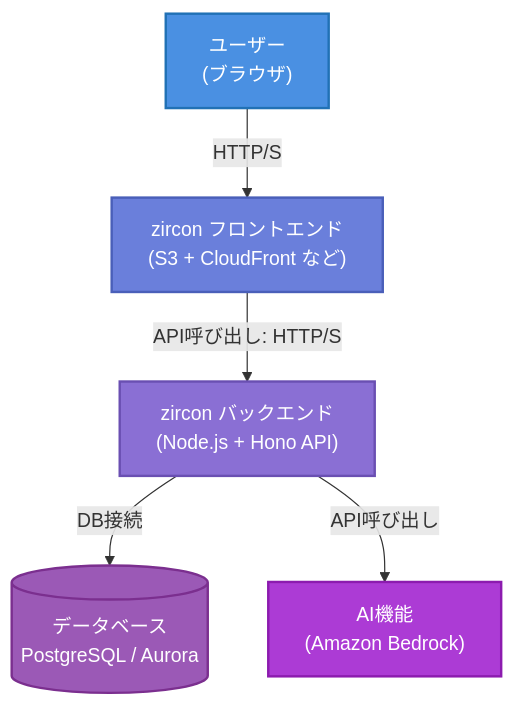
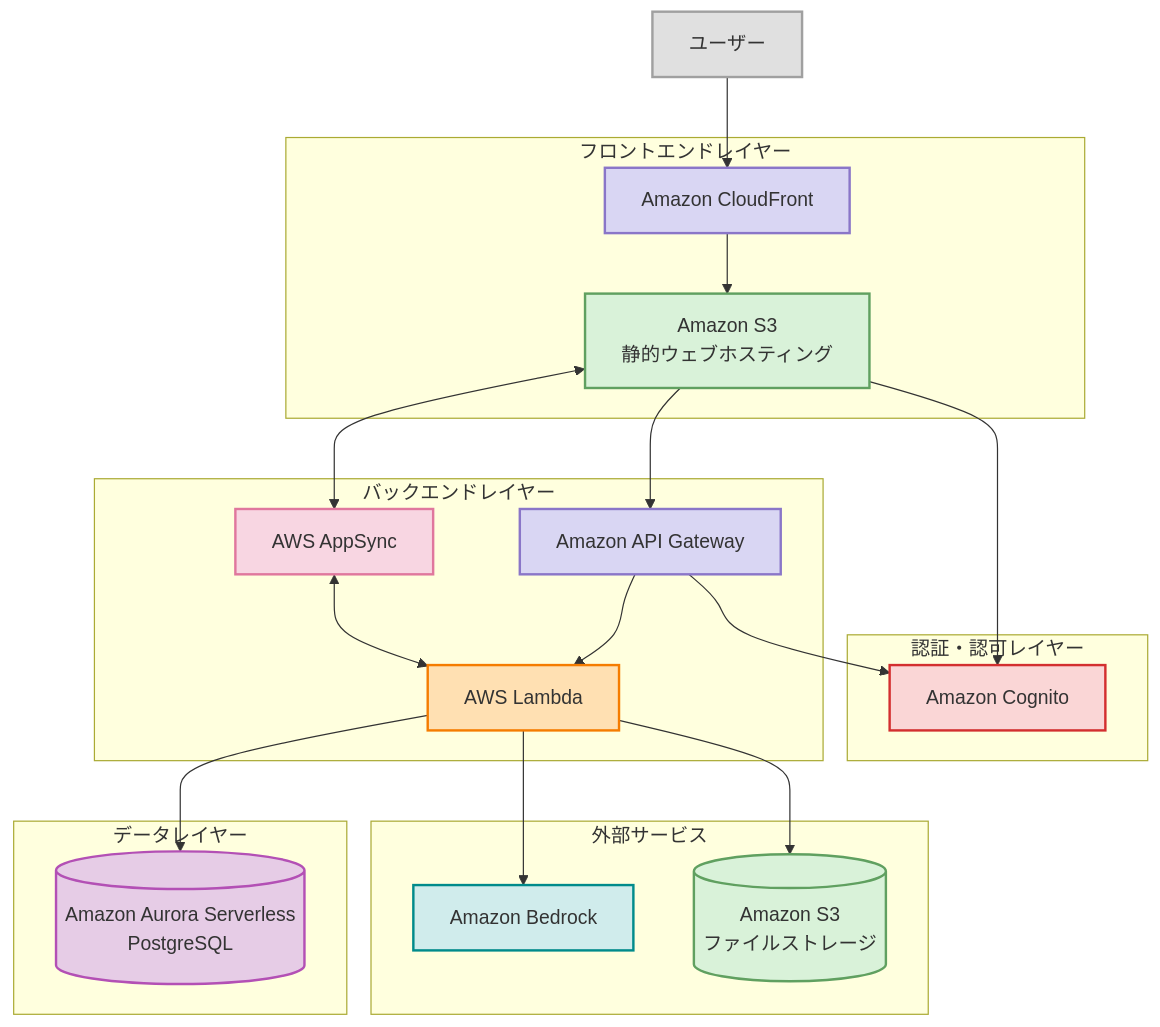
The second of 2 diagrams in docs/zircon要件定義書.md (tsuji-tomonori/zircon), drawn with Mermaid before and after one commit. The commit also changed other lines of this file, not shown here.

````diff
--- a/docs/zircon要件定義書.md
+++ b/docs/zircon要件定義書.md
@@ -101,13 +192,65 @@
 ```mermaid
-flowchart TB
-    A["ユーザー<br/>(ブラウザ)"] -->|HTTP/S| B["zircon フロントエンド<br/>(S3 + CloudFront など)"]
-    B -->|API呼び出し: HTTP/S| C["zircon バックエンド<br/>(Node.js + Hono API)"]
-    C -->|DB接続| D[("データベース<br/>PostgreSQL / Aurora")]
-    C -->|API呼び出し| E["AI機能<br/>(Amazon Bedrock)"]
+graph TB
+    User[ユーザー] --> CloudFront[Amazon CloudFront]
 
-    style A fill:#4A90E2,stroke:#2171B5,stroke-width:2px,color:#ffffff
-    style B fill:#6A7FDB,stroke:#4A5FB9,stroke-width:2px,color:#ffffff
-    style C fill:#8A6FD4,stroke:#6A4FB2,stroke-width:2px,color:#ffffff
-    style D fill:#9B59B6,stroke:#7B2F8F,stroke-width:2px,color:#ffffff
-    style E fill:#AC3BD5,stroke:#8C1BAF,stroke-width:2px,color:#ffffff
+    subgraph "フロントエンドレイヤー"
+        CloudFront --> S3[Amazon S3<br>静的ウェブホスティング]
+    end
+
+    subgraph "認証・認可レイヤー"
+        Cognito[Amazon Cognito]
+    end
+
+    subgraph "バックエンドレイヤー"
+        APIGateway[Amazon API Gateway]
+        APIGateway --> Lambda[Lambda]
+
+        AppSync[AWS AppSync]
+        AppSync <--> Lambda[AWS Lambda]
+    end
+
+    subgraph "データレイヤー"
+        Aurora[(Amazon Aurora Serverless<br>PostgreSQL)]
+    end
+
+    subgraph "外部サービス"
+        Bedrock[Amazon Bedrock]
+        S3Storage[(Amazon S3<br>ファイルストレージ)]
+    end
+
+    %% 接続関係
+    S3 --> APIGateway
+    S3 <--> AppSync
+    S3 --> Cognito
+
+    APIGateway --> Cognito
+
+    Lambda --> Aurora
+    Lambda --> Bedrock
+    Lambda --> S3Storage
+
+    %% スタイル定義
+    classDef user fill:#E0E0E0,stroke:#A0A0A0,stroke-width:2px;
+    classDef cloudfront fill:#D9D6F3,stroke:#8A76C8,stroke-width:2px;
+    classDef apigateway fill:#D9D6F3,stroke:#8A76C8,stroke-width:2px;
+    classDef appsync fill:#F8D6E2,stroke:#E0779D,stroke-width:2px;
+    classDef aurora fill:#E6CCE6,stroke:#B350B5,stroke-width:2px;
+    classDef s3 fill:#D9F2D9,stroke:#60A060,stroke-width:2px;
+    classDef lambda fill:#FFE0B2,stroke:#F57C00,stroke-width:2px;
+    classDef cognito fill:#FAD6D6,stroke:#D32F2F,stroke-width:2px;
+    classDef bedrock fill:#D0ECEC,stroke:#008B8B,stroke-width:2px;
+    classDef s3storage fill:#D9F2D9,stroke:#60A060,stroke-width:2px;
+
+    %% スタイル適用
+    class User user;
+    class CloudFront cloudfront;
+    class APIGateway apigateway;
+    class AppSync appsync;
+    class Aurora aurora;
+    class S3 s3;
+    class Lambda lambda;
+    class Cognito cognito;
+    class Bedrock bedrock;
+    class S3Storage s3storage;
+
 ```
````
